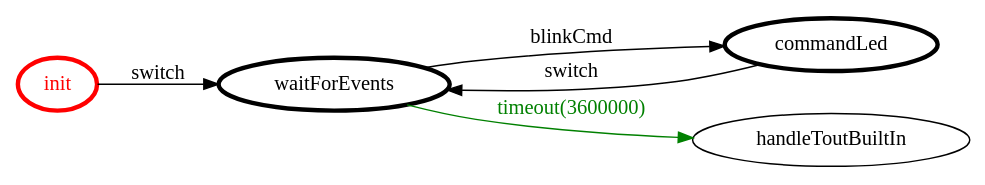
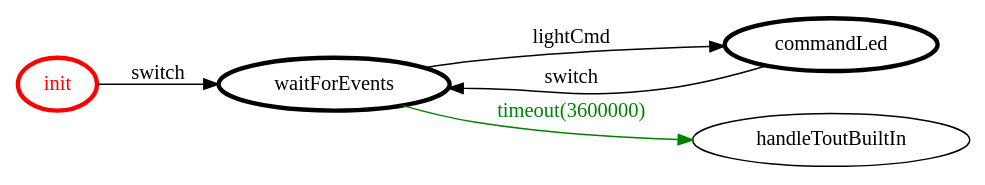
Before and after one commit to FFrabetti/ProgettoISS_relazione: the diagram in it.unibo.finalTask2018/srcMore/it/unibo/huelampagentra/huelampagentra.gv, drawn with Graphviz. The commit also changed 34 other files, not shown here.

Commit message:
refactoring led: on, off, blink

```diff
--- a/it.unibo.finalTask2018/srcMore/it/unibo/huelampagentra/huelampagentra.gv
+++ b/it.unibo.finalTask2018/srcMore/it/unibo/huelampagentra/huelampagentra.gv
@@ -1,20 +1,20 @@
 /*
 *
 * A GraphViz DOT FSM description 
 * Please use a GraphViz visualizer (like http://www.webgraphviz.com)
 *  
 */
 
 digraph finite_state_machine {
 	rankdir=LR
 	size="8,5"
 	
 	init [ color = red ][ fontcolor = red ][ penwidth = 3 ]
 	waitForEvents [ color = black ][ fontcolor = black ][ penwidth = 3 ]
 	commandLed [ color = black ][ fontcolor = black ][ penwidth = 3 ]
 	
 	init -> waitForEvents [ label = "switch" ][ color = black ][ fontcolor = black ]
 	waitForEvents -> handleToutBuiltIn [ label = "timeout(3600000)" ][ color = green ][ fontcolor = green ]
+	waitForEvents -> commandLed [ label = "lightCmd" ][ color = black ][ fontcolor = black ]
 	commandLed -> waitForEvents [ label = "switch" ][ color = black ][ fontcolor = black ]
-	waitForEvents -> commandLed [ label = "blinkCmd" ][ color = black ][ fontcolor = black ]
 }
```
